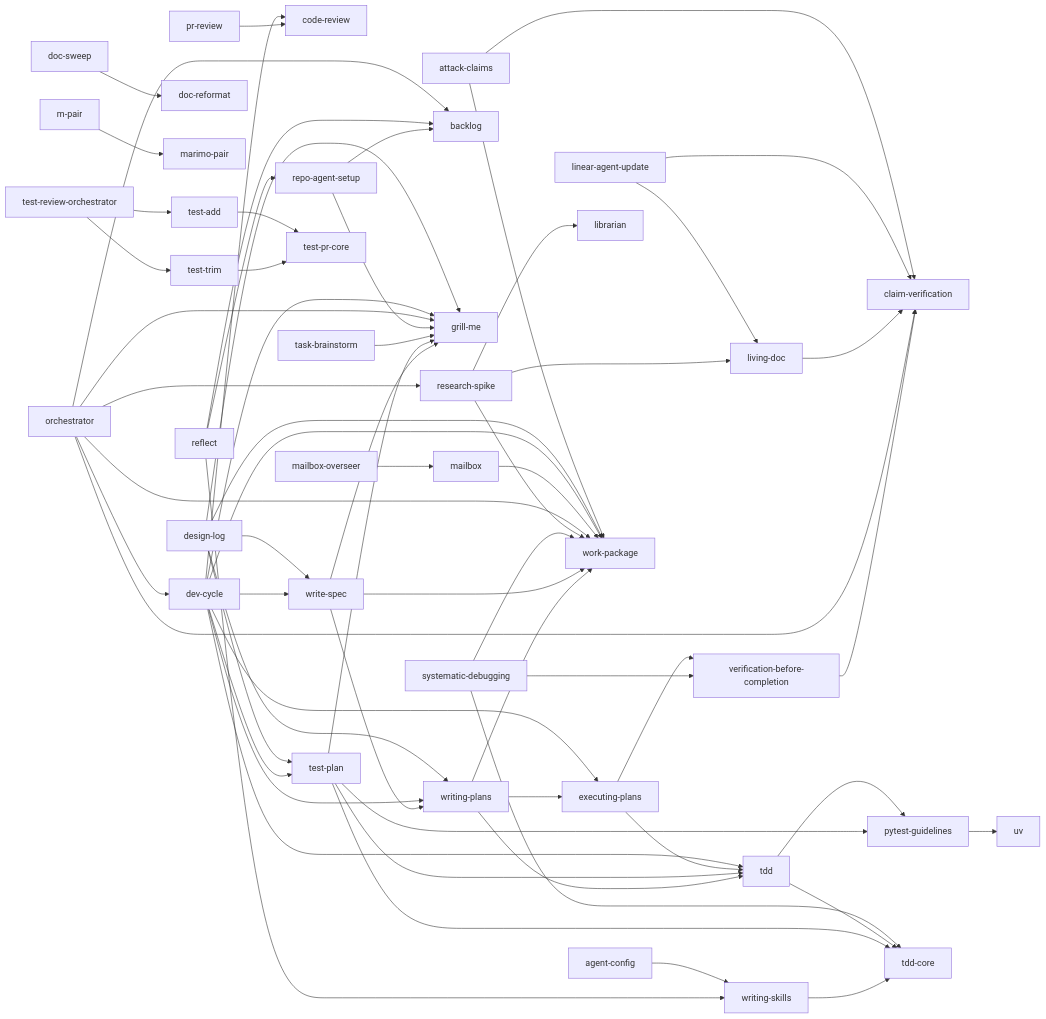
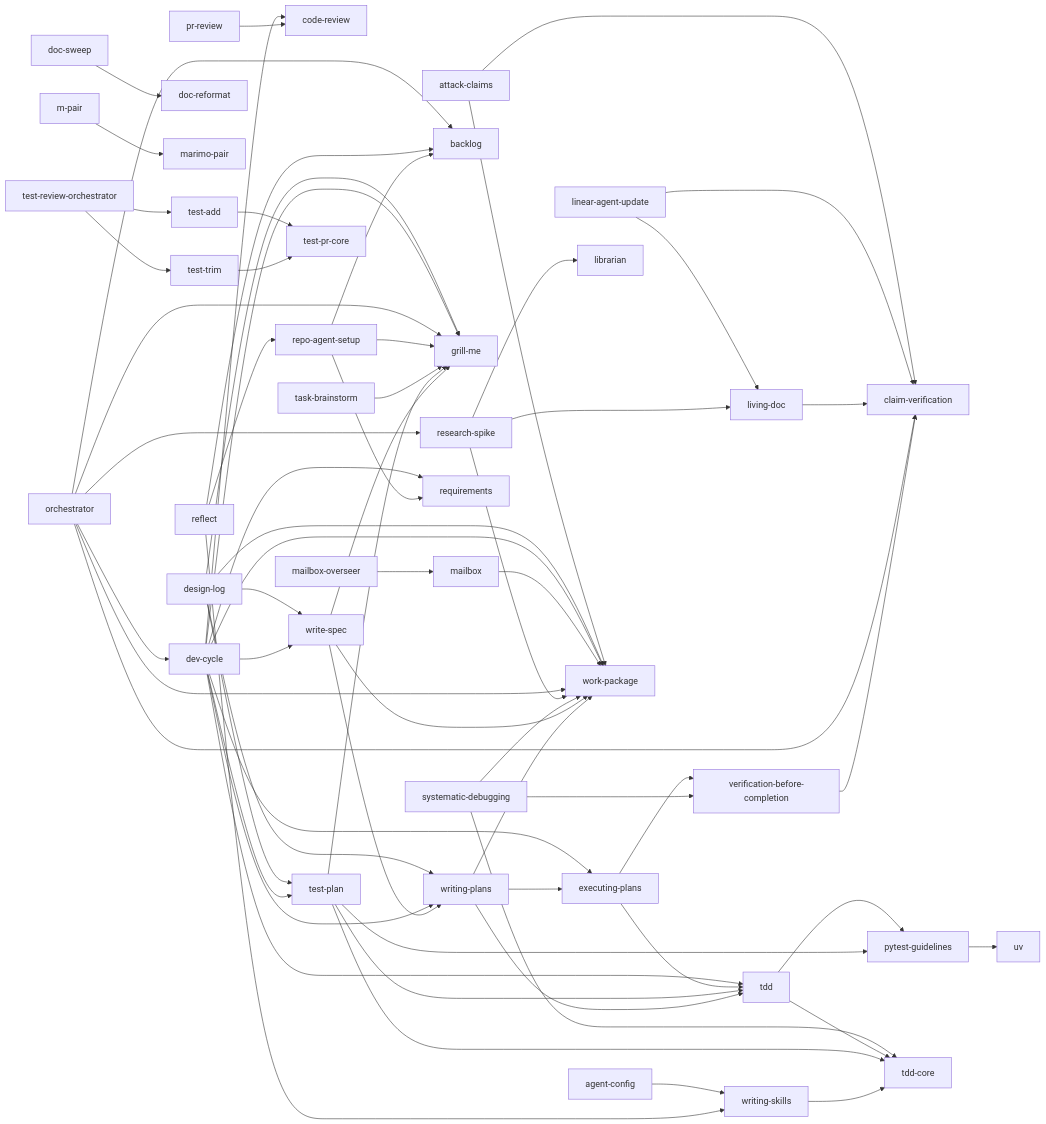
One commit to Haydeni0/agent-config changed the diagram in README.md. Above: the diagram before and after it, drawn with Mermaid.

Commit message:
chore: regenerate skill map for the requirements node

```diff
--- a/README.md
+++ b/README.md
@@ -223,6 +223,7 @@
     %% python_notebook[python-notebook]
     reflect[reflect]
     repo_agent_setup[repo-agent-setup]
+    requirements[requirements]
     research_spike[research-spike]
     %% stack_pr[stack-pr]
     systematic_debugging[systematic-debugging]
@@ -261,6 +262,7 @@
     dev_cycle --> tdd
     dev_cycle --> code_review
     dev_cycle --> work_package
+    dev_cycle --> requirements
     doc_sweep --> doc_reformat
     executing_plans --> tdd
     executing_plans --> verification_before_completion
@@ -283,6 +285,7 @@
     reflect --> writing_skills
     repo_agent_setup --> grill_me
     repo_agent_setup --> backlog
+    repo_agent_setup --> requirements
     research_spike --> librarian
     research_spike --> living_doc
     research_spike --> work_package
```
